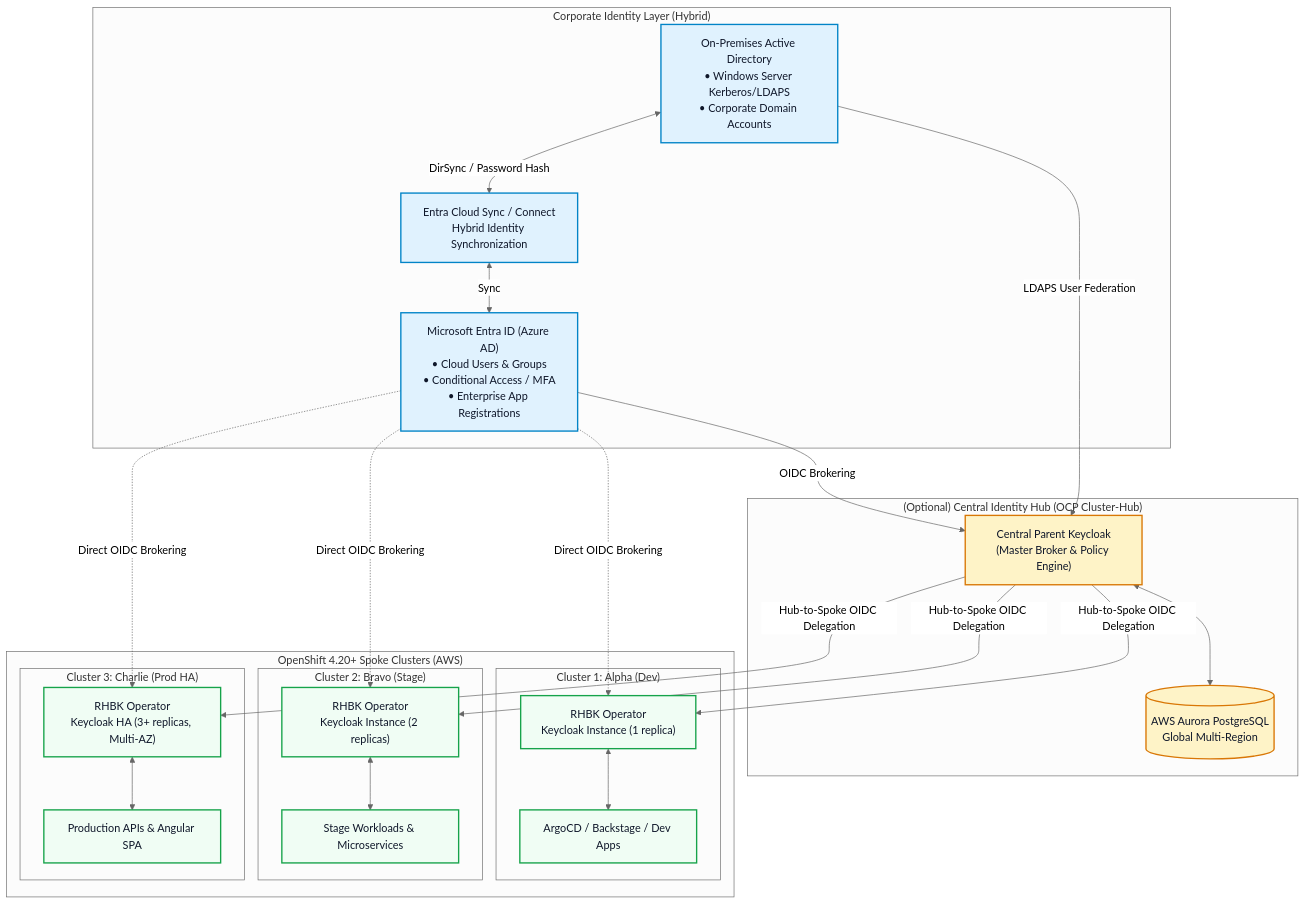
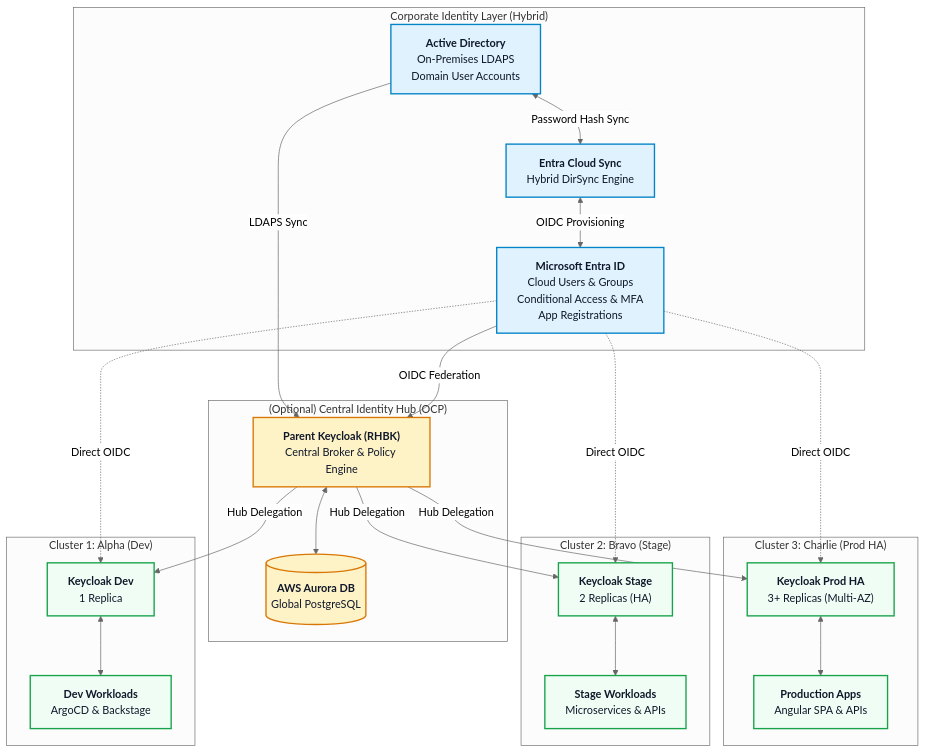
The diagram in docs/ARCHITECTURE.md (nubenetes/keycloak-openshift-2026), drawn with Mermaid (neutral theme) before and after one commit. The commit also changed 11 other files, not shown here.

Commit message:
fix(docs): optimize Mermaid architecture and sequence diagrams with text-wrapped node labels and improved layout

````diff
--- a/docs/ARCHITECTURE.md
+++ b/docs/ARCHITECTURE.md
@@ -9,53 +9,51 @@
 ```mermaid
 graph TD
-    subgraph Corporate_Identity["Corporate Identity Layer (Hybrid)"]
-        Entra["Microsoft Entra ID (Azure AD)<br/>• Cloud Users & Groups<br/>• Conditional Access / MFA<br/>• Enterprise App Registrations"]
-        AD["On-Premises Active Directory<br/>• Windows Server Kerberos/LDAPS<br/>• Corporate Domain Accounts"]
-        EntraConnect["Entra Cloud Sync / Connect<br/>Hybrid Identity Synchronization"]
-        AD <-->|DirSync / Password Hash| EntraConnect
-        EntraConnect <-->|Sync| Entra
+    subgraph CorpID["Corporate Identity Layer (Hybrid)"]
+        Entra["<b>Microsoft Entra ID</b><br/>Cloud Users & Groups<br/>Conditional Access & MFA<br/>App Registrations"]
+        AD["<b>Active Directory</b><br/>On-Premises LDAPS<br/>Domain User Accounts"]
+        EntraSync["<b>Entra Cloud Sync</b><br/>Hybrid DirSync Engine"]
+        AD <-->|Password Hash Sync| EntraSync
+        EntraSync <-->|OIDC Provisioning| Entra
     end
 
-    subgraph Hub_Cluster["(Optional) Central Identity Hub (OCP Cluster-Hub)"]
-        HubKC["Central Parent Keycloak<br/>(Master Broker & Policy Engine)"]
-        HubDB[("AWS Aurora PostgreSQL<br/>Global Multi-Region")]
+    subgraph HubCluster["(Optional) Central Identity Hub (OCP)"]
+        HubKC["<b>Parent Keycloak (RHBK)</b><br/>Central Broker & Policy Engine"]
+        HubDB[("<b>AWS Aurora DB</b><br/>Global PostgreSQL")]
         HubKC <--> HubDB
     end
 
-    subgraph AWS_Spoke_Clusters["OpenShift 4.20+ Spoke Clusters (AWS)"]
-        subgraph Cluster1["Cluster 1: Alpha (Dev)"]
-            KC1["RHBK Operator<br/>Keycloak Instance (1 replica)"]
-            Apps1["ArgoCD / Backstage / Dev Apps"]
-            KC1 <--> Apps1
-        end
-
-        subgraph Cluster2["Cluster 2: Bravo (Stage)"]
-            KC2["RHBK Operator<br/>Keycloak Instance (2 replicas)"]
-            Apps2["Stage Workloads & Microservices"]
-            KC2 <--> Apps2
-        end
-
-        subgraph Cluster3["Cluster 3: Charlie (Prod HA)"]
-            KC3["RHBK Operator<br/>Keycloak HA (3+ replicas, Multi-AZ)"]
-            Apps3["Production APIs & Angular SPA"]
-            KC3 <--> Apps3
-        end
+    subgraph SpokeDev["Cluster 1: Alpha (Dev)"]
+        KC1["<b>Keycloak Dev</b><br/>1 Replica"]
+        Apps1["<b>Dev Workloads</b><br/>ArgoCD & Backstage"]
+        KC1 <--> Apps1
     end
 
-    Entra -->|OIDC Brokering| HubKC
-    AD -->|LDAPS User Federation| HubKC
-    Entra -.->|Direct OIDC Brokering| KC1
-    Entra -.->|Direct OIDC Brokering| KC2
-    Entra -.->|Direct OIDC Brokering| KC3
-    HubKC -->|Hub-to-Spoke OIDC Delegation| KC1
-    HubKC -->|Hub-to-Spoke OIDC Delegation| KC2
-    HubKC -->|Hub-to-Spoke OIDC Delegation| KC3
+    subgraph SpokeStage["Cluster 2: Bravo (Stage)"]
+        KC2["<b>Keycloak Stage</b><br/>2 Replicas (HA)"]
+        Apps2["<b>Stage Workloads</b><br/>Microservices & APIs"]
+        KC2 <--> Apps2
+    end
 
-    classDef corporate fill:#e0f2fe,stroke:#0284c7,stroke-width:2px,color:#0f172a;
+    subgraph SpokeProd["Cluster 3: Charlie (Prod HA)"]
+        KC3["<b>Keycloak Prod HA</b><br/>3+ Replicas (Multi-AZ)"]
+        Apps3["<b>Production Apps</b><br/>Angular SPA & APIs"]
+        KC3 <--> Apps3
+    end
+
+    Entra -->|OIDC Federation| HubKC
+    AD -->|LDAPS Sync| HubKC
+    Entra -.->|Direct OIDC| KC1
+    Entra -.->|Direct OIDC| KC2
+    Entra -.->|Direct OIDC| KC3
+    HubKC -->|Hub Delegation| KC1
+    HubKC -->|Hub Delegation| KC2
+    HubKC -->|Hub Delegation| KC3
+
+    classDef corp fill:#e0f2fe,stroke:#0284c7,stroke-width:2px,color:#0f172a;
     classDef hub fill:#fef3c7,stroke:#d97706,stroke-width:2px,color:#0f172a;
     classDef spoke fill:#f0fdf4,stroke:#16a34a,stroke-width:2px,color:#0f172a;
 
-    class Entra,AD,EntraConnect corporate;
+    class Entra,AD,EntraSync corp;
     class HubKC,HubDB hub;
-    class KC1,KC2,KC3,Apps1,Apps2,Apps3 spoke;
+    class KC1,Apps1,KC2,Apps2,KC3,Apps3 spoke;
 ```
````
